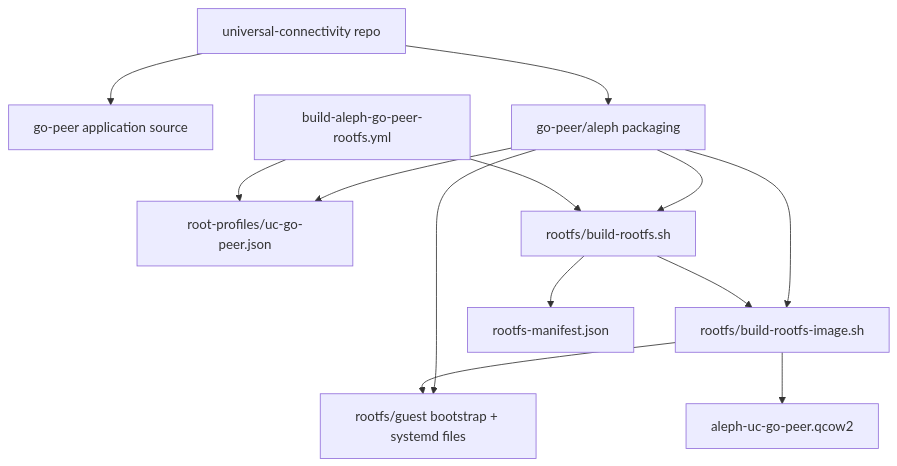
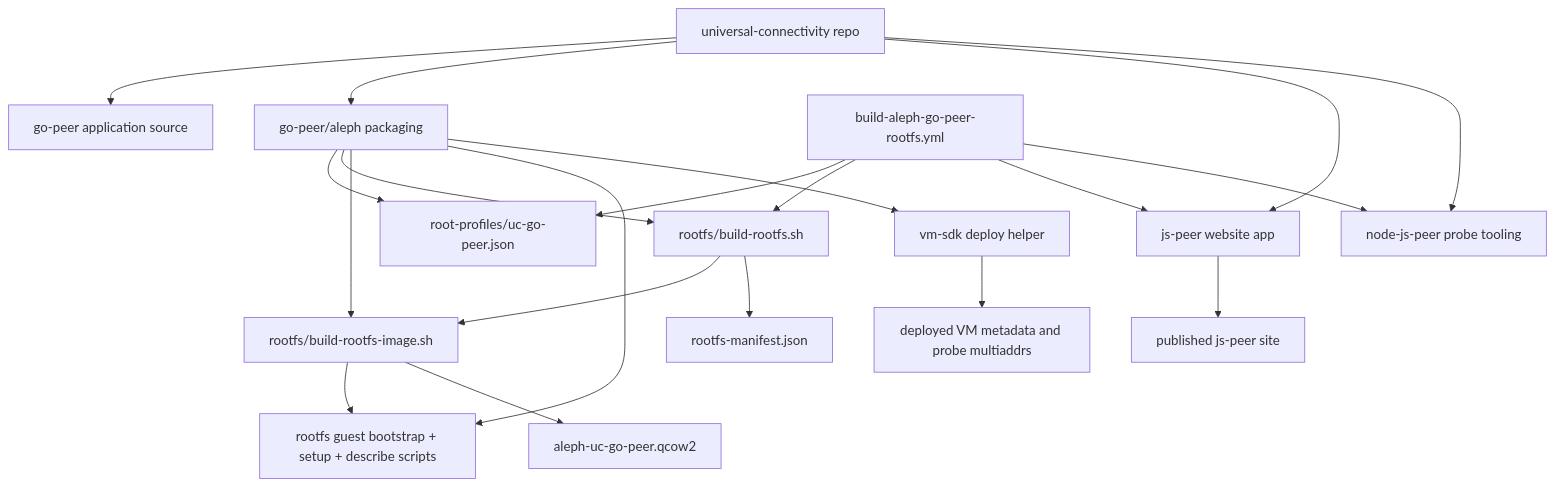
One commit to Le-Space/universal-connectivity changed the first of 5 diagrams in go-peer/aleph/README.md. Above: the diagram before and after it, drawn with Mermaid. The commit also changed other lines of this file, not shown here.

Commit message:
docs: refresh Aleph workflow and VM diagrams

````diff
--- a/go-peer/aleph/README.md
+++ b/go-peer/aleph/README.md
@@ -34,17 +34,24 @@
 ```mermaid
 flowchart TD
     A[universal-connectivity repo] --> B[go-peer application source]
     A --> C[go-peer/aleph packaging]
+    A --> D[js-peer website app]
+    A --> E[node-js-peer probe tooling]
 
-    C --> D[root-profiles/uc-go-peer.json]
-    C --> E[rootfs/build-rootfs.sh]
-    C --> F[rootfs/build-rootfs-image.sh]
-    C --> G[rootfs/guest bootstrap + systemd files]
+    C --> F[root-profiles/uc-go-peer.json]
+    C --> G[rootfs/build-rootfs.sh]
+    C --> H[rootfs/build-rootfs-image.sh]
+    C --> I[rootfs guest bootstrap + setup + describe scripts]
+    C --> J[vm-sdk deploy helper]
 
-    H[build-aleph-go-peer-rootfs.yml] --> D
-    H --> E
-    E --> F
-    F --> G
-    F --> I[aleph-uc-go-peer.qcow2]
-    E --> J[rootfs-manifest.json]
+    K[build-aleph-go-peer-rootfs.yml] --> F
+    K --> G
+    K --> D
+    K --> E
+    G --> H
+    H --> I
+    H --> L[aleph-uc-go-peer.qcow2]
+    G --> M[rootfs-manifest.json]
+    J --> N[deployed VM metadata and probe multiaddrs]
+    D --> O[published js-peer site]
 ```
````
